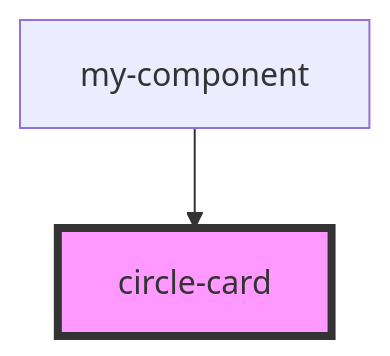
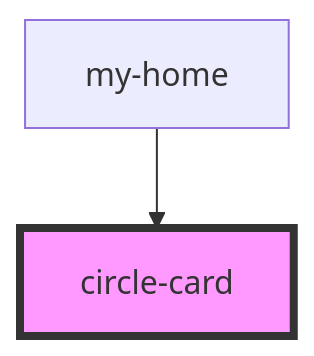
Before and after one commit to jayeshrahinj/Healthpro-Appointment: the diagram in src/components/circle-card/readme.md, drawn with Mermaid. The commit also changed other lines of this file and 158 other files, not shown here.

````diff
--- a/src/components/circle-card/readme.md
+++ b/src/components/circle-card/readme.md
@@ -15,5 +15,5 @@
 ```mermaid
 graph TD;
-  my-component --> circle-card
+  my-home --> circle-card
   style circle-card fill:#f9f,stroke:#333,stroke-width:4px
 ```
````
